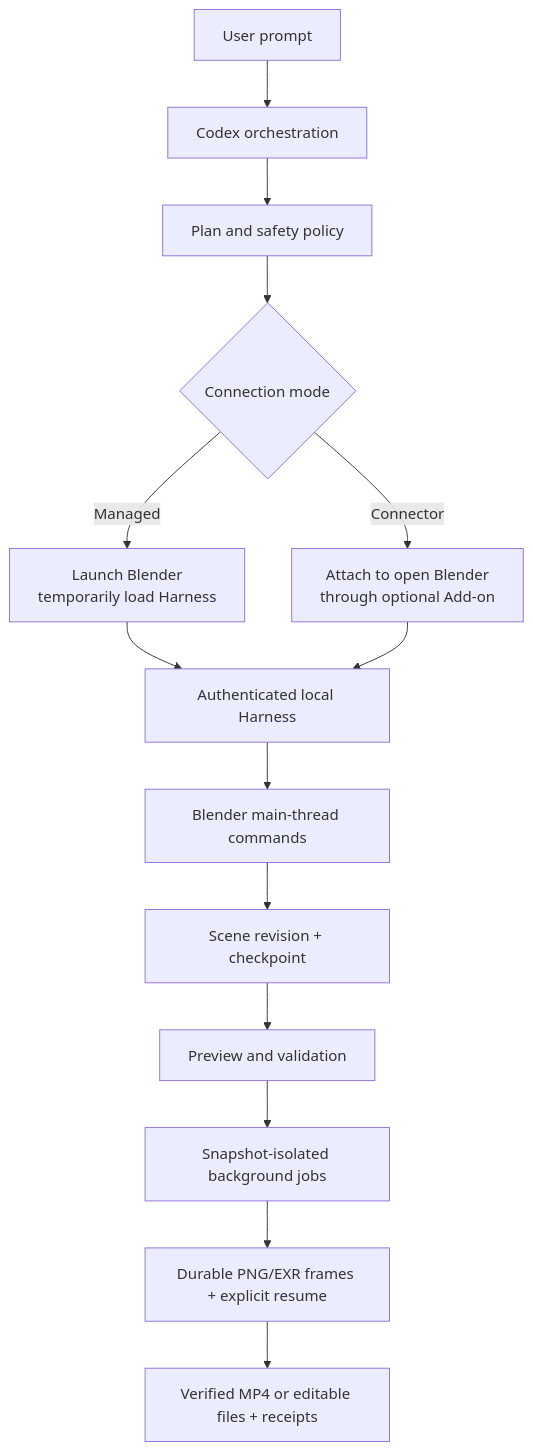
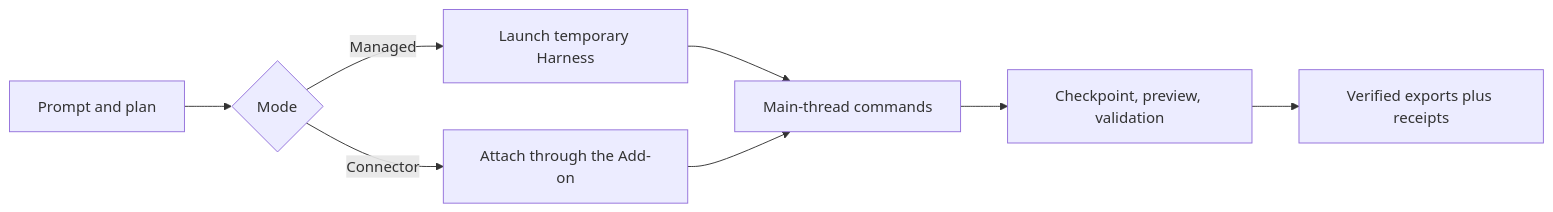
The diagram in README.md (full-aigc-plugins/blender-design-plugin), drawn with Mermaid before and after one commit. The commit also changed other lines of this file and 3 other files, not shown here.

````diff
--- a/README.md
+++ b/README.md
@@ -134,16 +48,10 @@
 ```mermaid
-flowchart TB
-    U[User prompt] --> C[Codex orchestration]
-    C --> P[Plan and safety policy]
-    P --> M{Connection mode}
-    M -->|Managed| MB[Launch Blender<br/>temporarily load Harness]
-    M -->|Connector| CB[Attach to open Blender<br/>through optional Add-on]
-    MB --> H[Authenticated local Harness]
-    CB --> H
-    H --> T[Blender main-thread commands]
-    T --> S[Scene revision + checkpoint]
-    S --> V[Preview and validation]
-    V --> J[Snapshot-isolated background jobs]
-    J --> Q[Durable PNG/EXR frames + explicit resume]
-    Q --> R[Verified MP4 or editable files + receipts]
+flowchart LR
+    A[Prompt and plan] --> B{Mode}
+    B -->|Managed| C[Launch temporary Harness]
+    B -->|Connector| D[Attach through the Add-on]
+    C --> E[Main-thread commands]
+    D --> E
+    E --> F[Checkpoint, preview, validation]
+    F --> G[Verified exports plus receipts]
 ```
````
